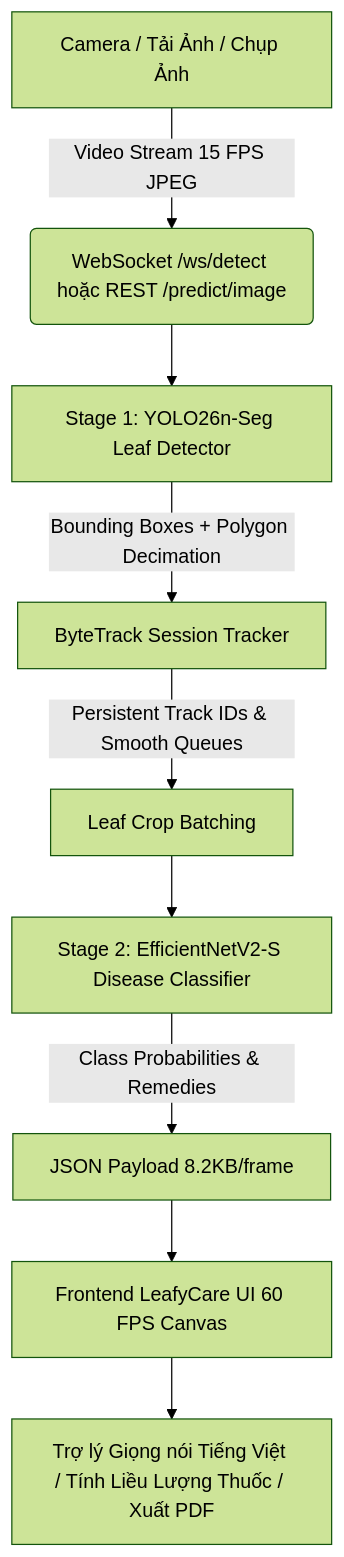
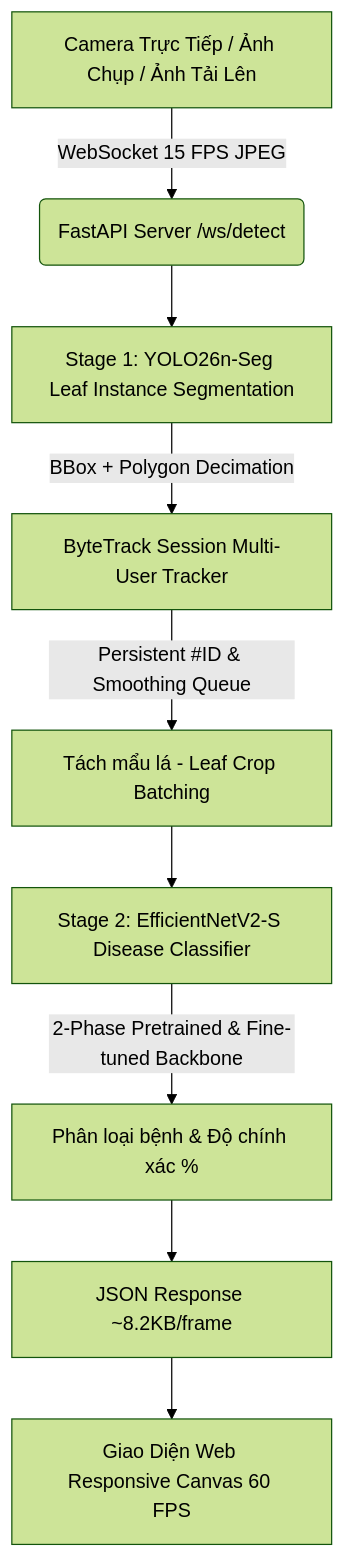
One commit to ntthienphuc/leaf_frontend changed the diagram in README.md. Above: the diagram before and after it, drawn with Mermaid (forest theme). The commit also changed other lines of this file and 4 other files, not shown here.

Commit message:
docs & refactor: Focus purely on 2-Stage Instance Segmentation & 2-Phase Classifier with upgraded README

````diff
--- a/README.md
+++ b/README.md
@@ -30,11 +30,11 @@
 ```mermaid
 flowchart TD
-    A[Camera / Tải Ảnh / Chụp Ảnh] -->|Video Stream 15 FPS JPEG| B(WebSocket /ws/detect hoặc REST /predict/image)
-    B --> C[Stage 1: YOLO26n-Seg Leaf Detector]
-    C -->|Bounding Boxes + Polygon Decimation| D[ByteTrack Session Tracker]
-    D -->|Persistent Track IDs & Smooth Queues| E[Leaf Crop Batching]
+    A[Camera Trực Tiếp / Ảnh Chụp / Ảnh Tải Lên] -->|WebSocket 15 FPS JPEG| B(FastAPI Server /ws/detect)
+    B --> C[Stage 1: YOLO26n-Seg Leaf Instance Segmentation]
+    C -->|BBox + Polygon Decimation| D[ByteTrack Session Multi-User Tracker]
+    D -->|Persistent #ID & Smoothing Queue| E[Tách mẩu lá - Leaf Crop Batching]
     E --> F[Stage 2: EfficientNetV2-S Disease Classifier]
-    F -->|Class Probabilities & Remedies| G[JSON Payload 8.2KB/frame]
-    G --> H[Frontend LeafyCare UI 60 FPS Canvas]
-    H --> I[Trợ lý Giọng nói Tiếng Việt / Tính Liều Lượng Thuốc / Xuất PDF]
+    F -->|2-Phase Pretrained & Fine-tuned Backbone| G[Phân loại bệnh & Độ chính xác %]
+    G --> H[JSON Response ~8.2KB/frame]
+    H --> I[Giao Diện Web Responsive Canvas 60 FPS]
 ```
````
